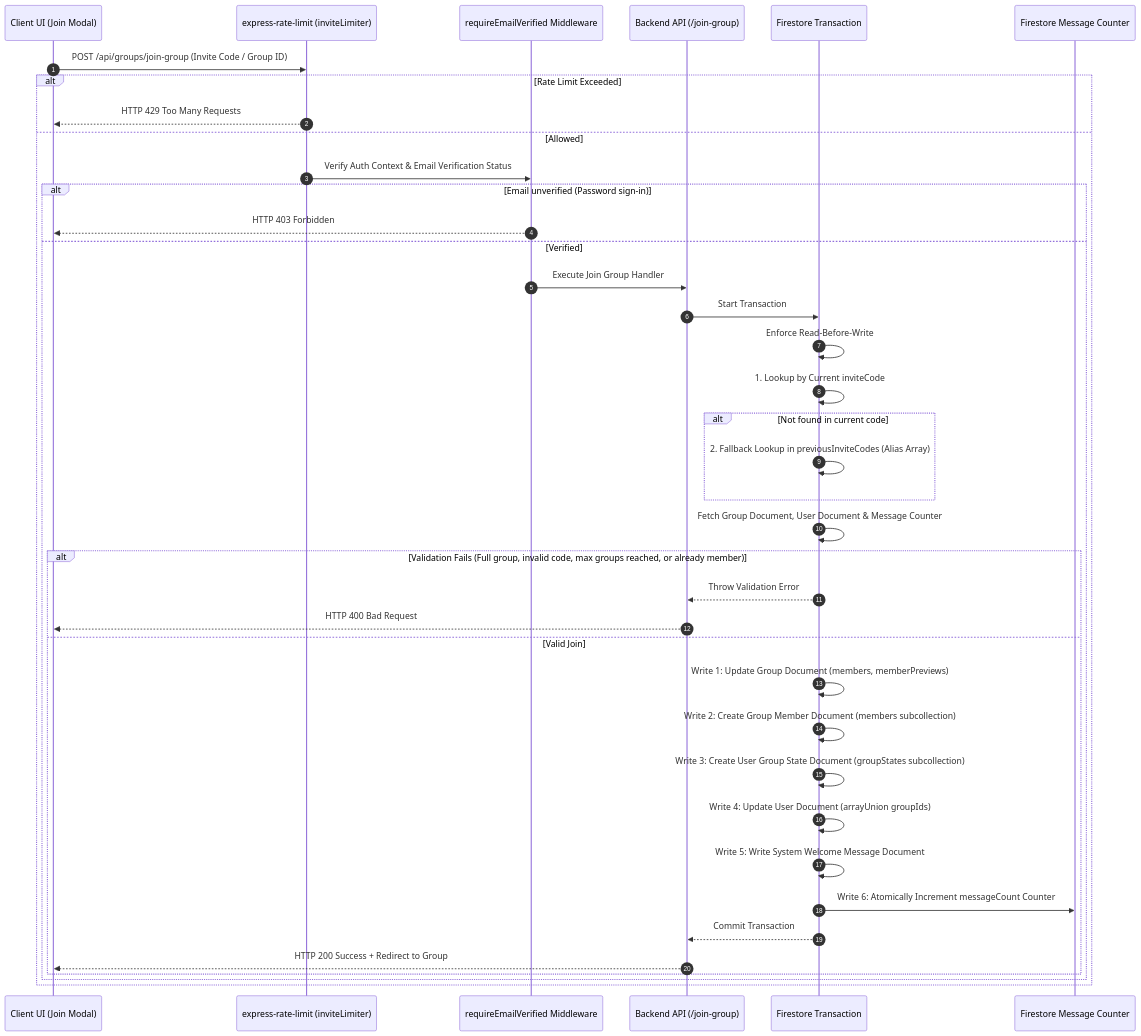
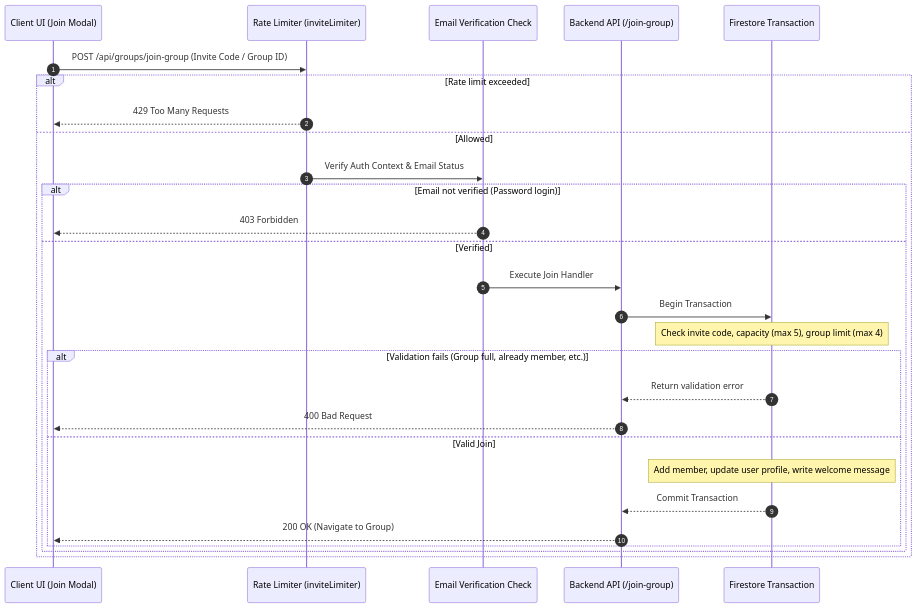
One commit to ScriptureHabit/scripture-habit changed the diagram in docs/group-invites.md. Above: the diagram before and after it, drawn with Mermaid. The commit also changed other lines of this file and 19 other files, not shown here.

````diff
--- a/docs/group-invites.md
+++ b/docs/group-invites.md
@@ -11,43 +11,31 @@
 ```mermaid
 sequenceDiagram
     autonumber
     participant UI as Client UI (Join Modal)
-    participant Rate as express-rate-limit (inviteLimiter)
-    participant Auth as requireEmailVerified Middleware
+    participant Rate as Rate Limiter (inviteLimiter)
+    participant Auth as Email Verification Check
     participant API as Backend API (/join-group)
     participant DB as Firestore Transaction
-    participant Counter as Firestore Message Counter
 
     UI->>Rate: POST /api/groups/join-group (Invite Code / Group ID)
-    alt Rate Limit Exceeded
-        Rate-->>UI: HTTP 429 Too Many Requests
+    alt Rate limit exceeded
+        Rate-->>UI: 429 Too Many Requests
     else Allowed
-        Rate->>Auth: Verify Auth Context & Email Verification Status
-        alt Email unverified (Password sign-in)
-            Auth-->>UI: HTTP 403 Forbidden
+        Rate->>Auth: Verify Auth Context & Email Status
+        alt Email not verified (Password login)
+            Auth-->>UI: 403 Forbidden
         else Verified
-            Auth->>API: Execute Join Group Handler
-            API->>DB: Start Transaction
-            DB->>DB: Enforce Read-Before-Write
-            DB->>DB: 1. Lookup by Current inviteCode
-            alt Not found in current code
-                DB->>DB: 2. Fallback Lookup in previousInviteCodes (Alias Array)
-            end
-            DB->>DB: Fetch Group Document, User Document & Message Counter
-            
-            alt Validation Fails (Full group, invalid code, max groups reached, or already member)
-                DB-->>API: Throw Validation Error
-                API-->>UI: HTTP 400 Bad Request
+            Auth->>API: Execute Join Handler
+            API->>DB: Begin Transaction
+            Note over DB: Check invite code, capacity (max 5), group limit (max 4)
+            alt Validation fails (Group full, already member, etc.)
+                DB-->>API: Return validation error
+                API-->>UI: 400 Bad Request
             else Valid Join
-                DB->>DB: Write 1: Update Group Document (members, memberPreviews)
-                DB->>DB: Write 2: Create Group Member Document (members subcollection)
-                DB->>DB: Write 3: Create User Group State Document (groupStates subcollection)
-                DB->>DB: Write 4: Update User Document (arrayUnion groupIds)
-                DB->>DB: Write 5: Write System Welcome Message Document
-                DB->>Counter: Write 6: Atomically Increment messageCount Counter
+                Note over DB: Add member, update user profile, write welcome message
                 DB-->>API: Commit Transaction
-                API-->>UI: HTTP 200 Success + Redirect to Group
+                API-->>UI: 200 OK (Navigate to Group)
             end
         end
     end
 ```
````
